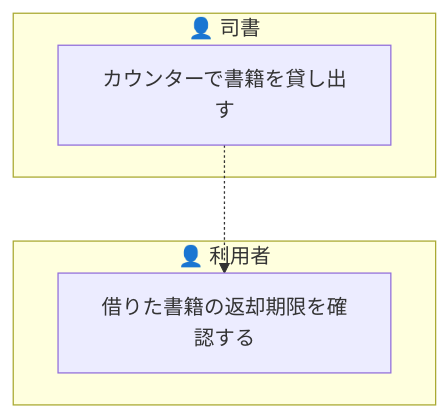
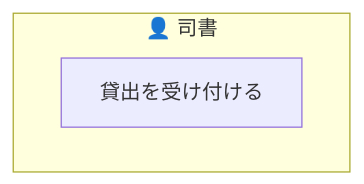
Before and after one commit to suwa-sh/suwa-sh-claude-plugins: the fourth of 11 diagrams in samples/distillery2/library-loan/docs/requirements/rdra/views/03_業務フロー.md, drawn with Mermaid. The commit also changed other lines of this file and 249 other files, not shown here.

````diff
--- a/samples/distillery2/library-loan/docs/requirements/rdra/views/03_業務フロー.md
+++ b/samples/distillery2/library-loan/docs/requirements/rdra/views/03_業務フロー.md
@@ -88,10 +81,6 @@
 ```mermaid
 graph TD
   subgraph LN1["👤 司書"]
-    AT1["カウンターで書籍を貸し出す"]
+    AT1["貸出を受け付ける"]
   end
-  subgraph LN2["👤 利用者"]
-    AT2["借りた書籍の返却期限を確認する"]
-  end
-  AT1 -.-> AT2
 ```
````
